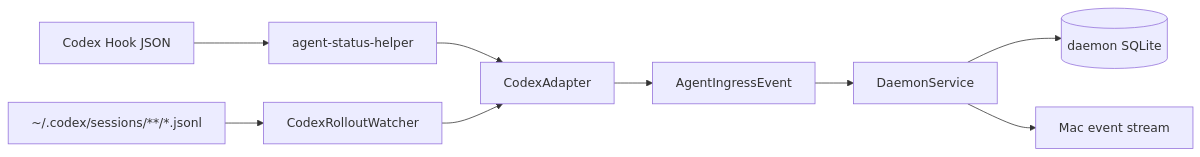
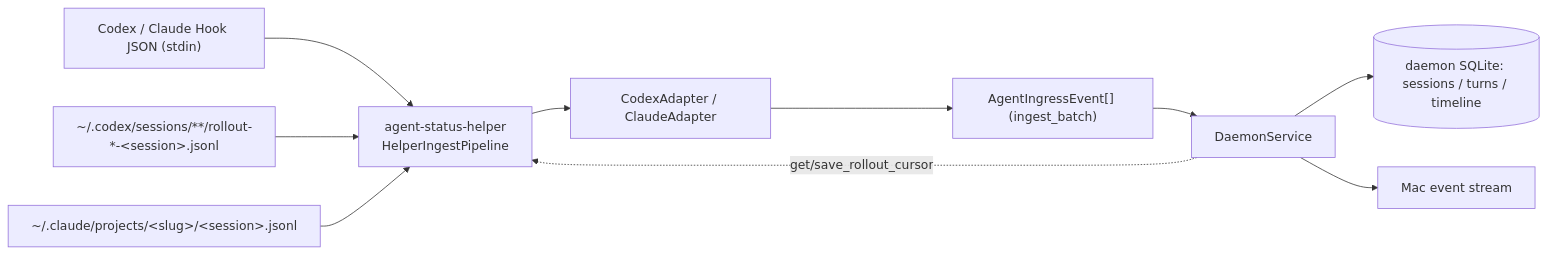
The diagram in docs/design/agent-hook.md (AFutureD/Lumi), drawn with Mermaid before and after one commit. The commit also changed other lines of this file and 3 other files, not shown here.

Commit message:
docs(design): session timeline redesign, hook/data docs, hooks research

````diff
--- a/docs/design/agent-hook.md
+++ b/docs/design/agent-hook.md
@@ -15,11 +15,12 @@
 ```mermaid
 flowchart LR
-    HookJSON["Codex Hook JSON"] --> Helper["agent-status-helper"]
-    Helper --> Adapter["CodexAdapter"]
-    Rollout["~/.codex/sessions/**/*.jsonl"] --> Watcher["CodexRolloutWatcher"]
-    Watcher --> Adapter
-    Adapter --> Event["AgentIngressEvent"]
+    HookJSON["Codex / Claude Hook JSON (stdin)"] --> Helper["agent-status-helper\nHelperIngestPipeline"]
+    Rollout["~/.codex/sessions/**/rollout-*-&lt;session&gt;.jsonl"] --> Helper
+    Transcript["~/.claude/projects/&lt;slug&gt;/&lt;session&gt;.jsonl"] --> Helper
+    Helper --> Adapter["CodexAdapter / ClaudeAdapter"]
+    Adapter --> Event["AgentIngressEvent[] (ingest_batch)"]
     Event --> Daemon["DaemonService"]
-    Daemon --> SQLite[("daemon SQLite")]
+    Daemon --> SQLite[("daemon SQLite: sessions / turns / timeline")]
     Daemon --> Stream["Mac event stream"]
+    Daemon -. get/save_rollout_cursor .-> Helper
 ```
````
